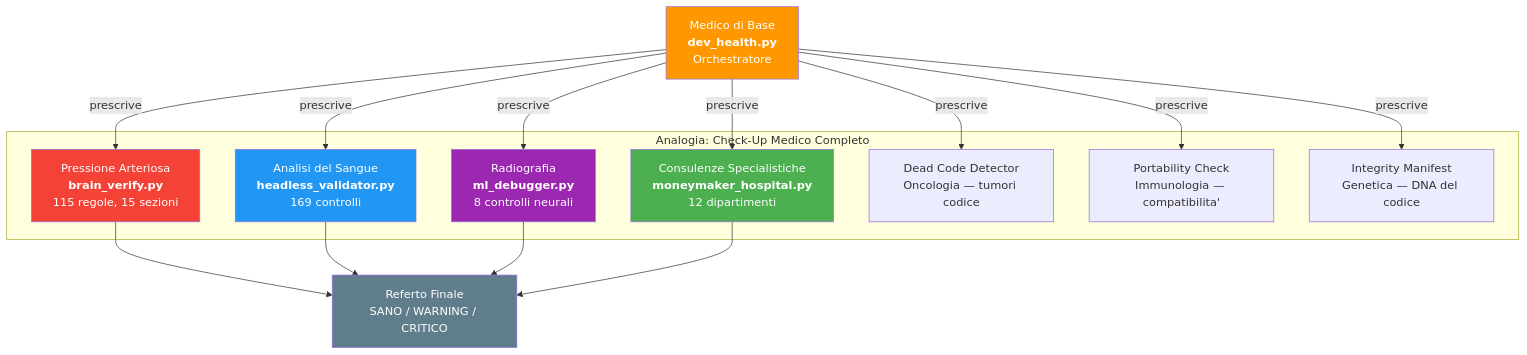
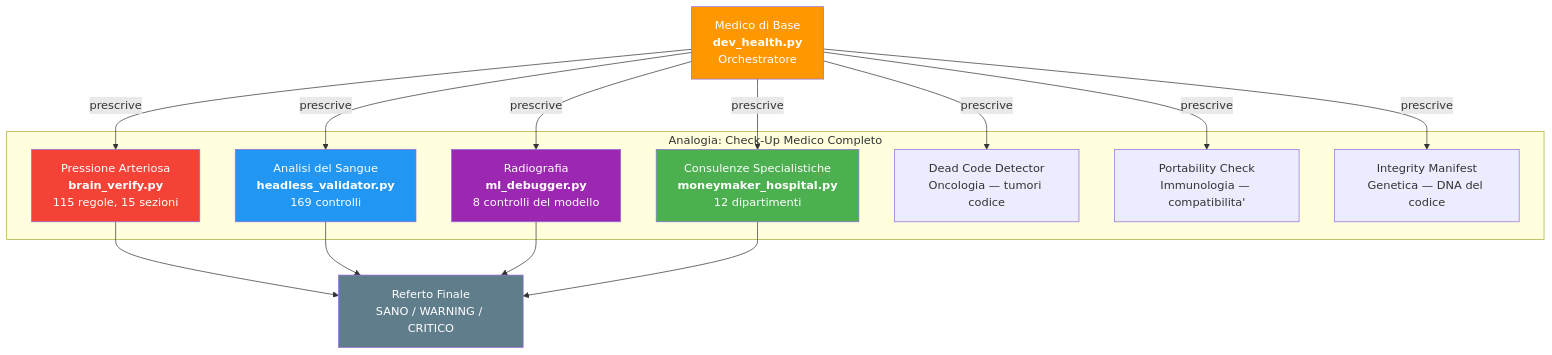
The first of 11 diagrams in docs/architecture/sistema-italiano/08_MONITORAGGIO_E_STABILITA.md (renanaugustomacena-ux/invest-smart), drawn with Mermaid before and after one commit. The commit also changed other lines of this file, not shown here.

````diff
--- a/docs/architecture/sistema-italiano/08_MONITORAGGIO_E_STABILITA.md
+++ b/docs/architecture/sistema-italiano/08_MONITORAGGIO_E_STABILITA.md
@@ -51,35 +51,35 @@
 ```mermaid
 graph TD
     subgraph "Analogia: Check-Up Medico Completo"
         PA["Pressione Arteriosa<br/><b>brain_verify.py</b><br/>115 regole, 15 sezioni"]
         AN["Analisi del Sangue<br/><b>headless_validator.py</b><br/>169 controlli"]
-        RX["Radiografia<br/><b>ml_debugger.py</b><br/>8 controlli neurali"]
+        RX["Radiografia<br/><b>ml_debugger.py</b><br/>8 controlli del modello"]
         SP["Consulenze Specialistiche<br/><b>moneymaker_hospital.py</b><br/>12 dipartimenti"]
         DC["Dead Code Detector<br/>Oncologia — tumori codice"]
         PC["Portability Check<br/>Immunologia — compatibilita'"]
         IM["Integrity Manifest<br/>Genetica — DNA del codice"]
     end
 
     DOC["Medico di Base<br/><b>dev_health.py</b><br/>Orchestratore"]
 
     DOC -->|"prescrive"| PA
     DOC -->|"prescrive"| AN
     DOC -->|"prescrive"| RX
     DOC -->|"prescrive"| SP
     DOC -->|"prescrive"| DC
     DOC -->|"prescrive"| PC
     DOC -->|"prescrive"| IM
 
     RES["Referto Finale<br/>SANO / WARNING / CRITICO"]
     PA --> RES
     AN --> RES
     RX --> RES
     SP --> RES
 
     style PA fill:#F44336,color:white
     style AN fill:#2196F3,color:white
     style RX fill:#9C27B0,color:white
     style SP fill:#4CAF50,color:white
     style DOC fill:#FF9800,color:white
     style RES fill:#607D8B,color:white
 ```
````
